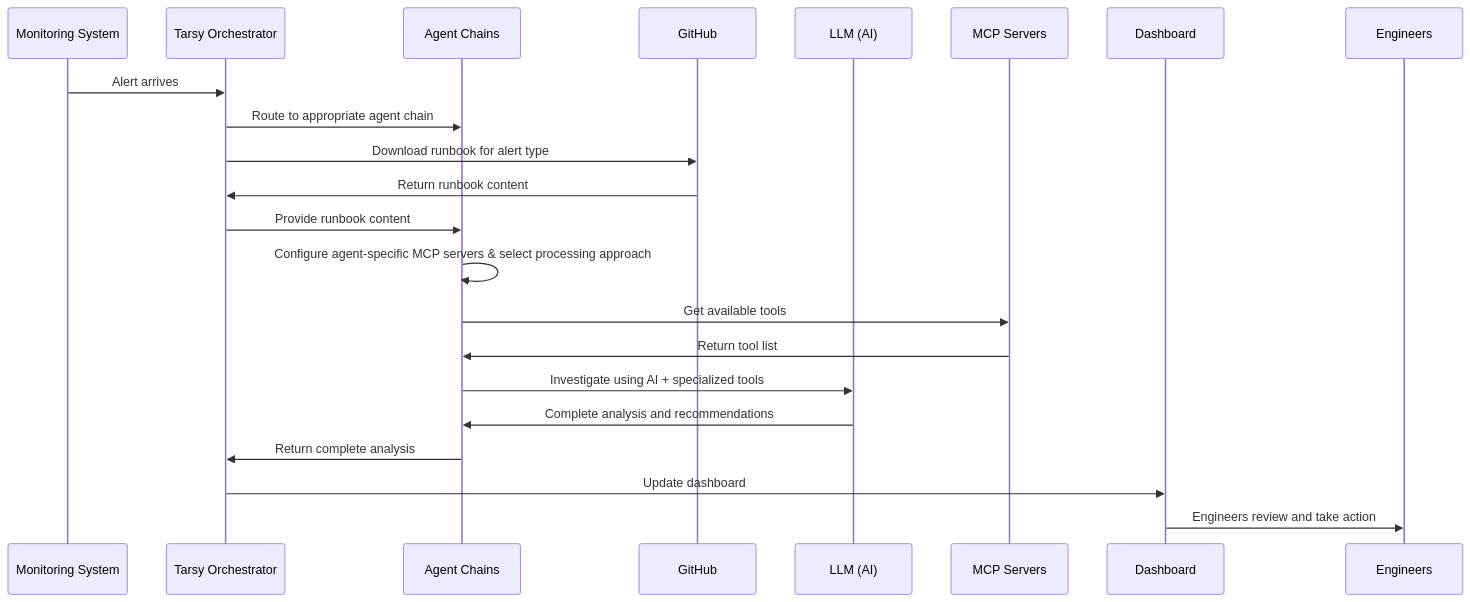
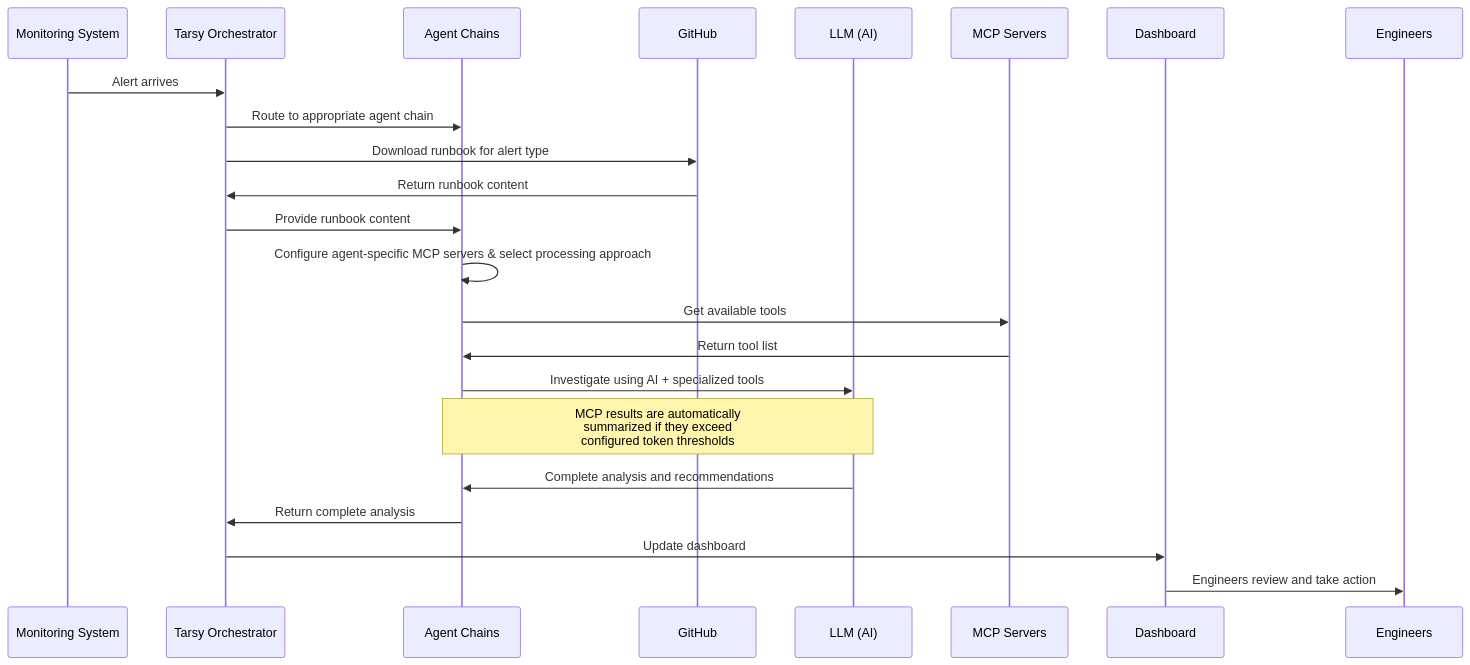
One commit to rsoaresd/tarsy-bot changed the second of 4 diagrams in docs/architecture-overview.md. Above: the diagram before and after it, drawn with Mermaid. The commit also changed other lines of this file and 3 other files, not shown here.

````diff
--- a/docs/architecture-overview.md
+++ b/docs/architecture-overview.md
@@ -60,27 +61,28 @@
 ```mermaid
 sequenceDiagram
     participant M as Monitoring System
     participant T as Tarsy Orchestrator  
     participant A as Agent Chains
     participant R as GitHub
     participant L as LLM (AI)
     participant MCP as MCP Servers
     participant D as Dashboard
     participant E as Engineers
 
     M->>T: Alert arrives
     T->>A: Route to appropriate agent chain
     T->>R: Download runbook for alert type
     R->>T: Return runbook content
     T->>A: Provide runbook content
     A->>A: Configure agent-specific MCP servers & select processing approach
     A->>MCP: Get available tools
     MCP->>A: Return tool list
     
     A->>L: Investigate using AI + specialized tools
+    Note over A,L: MCP results are automatically<br/>summarized if they exceed<br/>configured token thresholds
     L->>A: Complete analysis and recommendations
     
     A->>T: Return complete analysis
     T->>D: Update dashboard
     D->>E: Engineers review and take action
 ```
````
